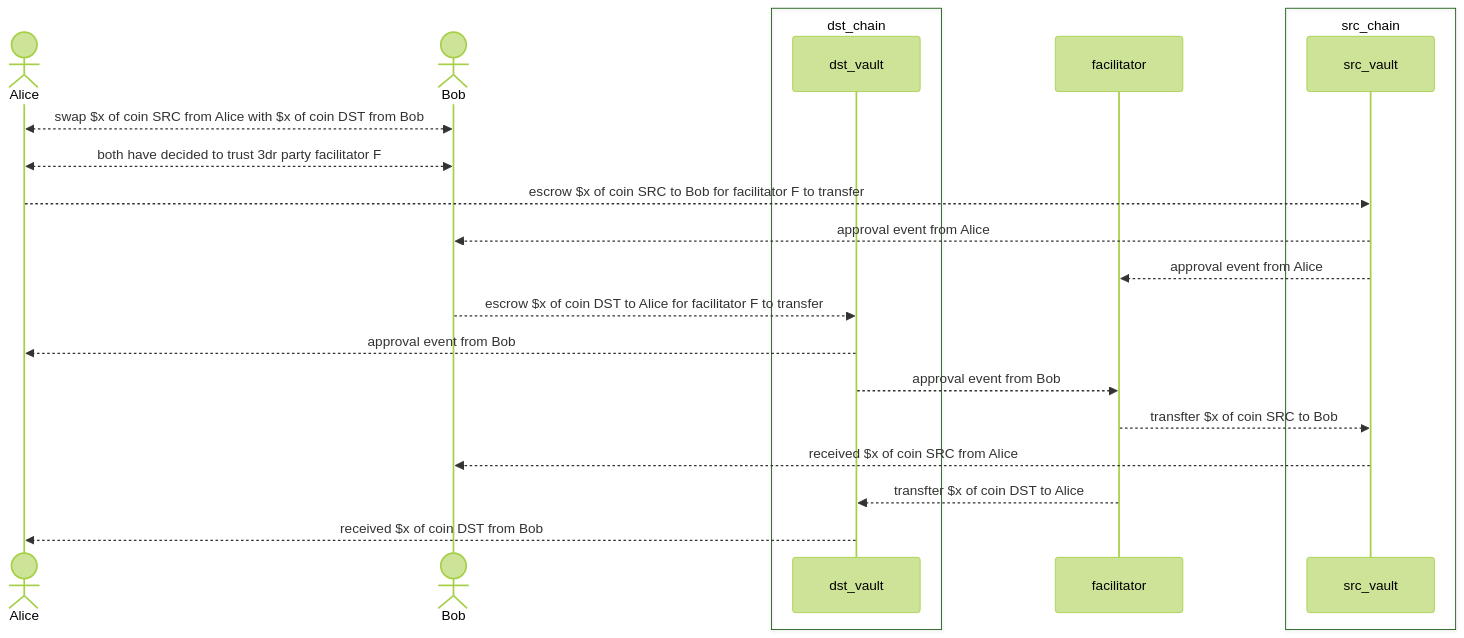
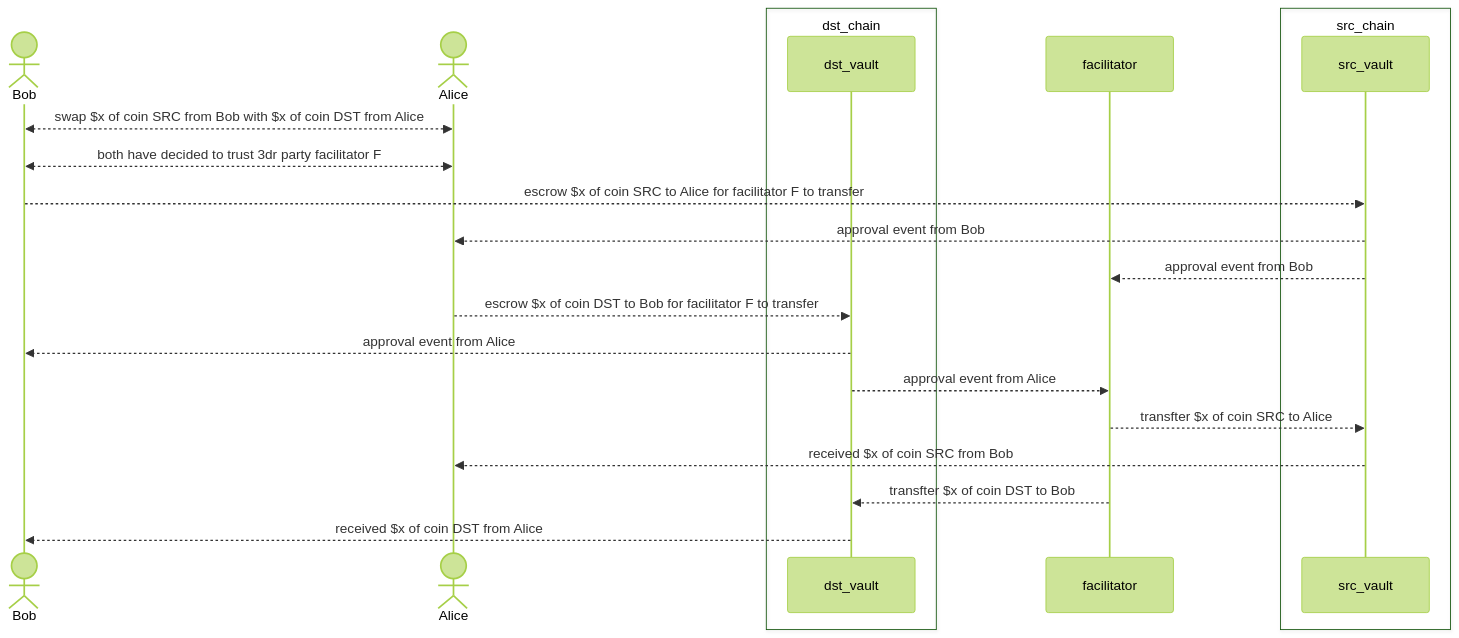
The second of 2 diagrams in cross-chain-token.md (PDXbaap/design), drawn with Mermaid (forest theme) before and after one commit. The commit also changed other lines of this file, not shown here.

````diff
--- a/cross-chain-token.md
+++ b/cross-chain-token.md
@@ -1,27 +22,27 @@
 ```mermaid
 sequenceDiagram
 
+actor Bob
 actor Alice
-actor Bob
 box dst_chain
 participant dst_vault
 end
 participant facilitator
 
 box src_chain
 participant src_vault
 end
-Alice <<-->> Bob: swap $x of coin SRC from Alice with $x of coin DST from Bob 
-Alice <<-->> Bob: both have decided to trust 3dr party facilitator F
-Alice -->> src_vault: escrow $x of coin SRC to Bob for facilitator F to transfer
-src_vault -->> Bob: approval event from Alice
-src_vault -->> facilitator: approval event from Alice
-Bob -->> dst_vault: escrow $x of coin DST to Alice for facilitator F to transfer
-dst_vault -->> Alice: approval event from Bob
-dst_vault -->> facilitator: approval event from Bob
-facilitator -->> src_vault: transfter $x of coin SRC to Bob
-src_vault -->> Bob: received $x of coin SRC from Alice 
-facilitator -->> dst_vault: transfter $x of coin DST to Alice
-dst_vault -->> Alice: received $x of coin DST from Bob
+Bob <<-->> Alice: swap $x of coin SRC from Bob with $x of coin DST from Alice 
+Bob <<-->> Alice: both have decided to trust 3dr party facilitator F
+Bob -->> src_vault: escrow $x of coin SRC to Alice for facilitator F to transfer
+src_vault -->> Alice: approval event from Bob
+src_vault -->> facilitator: approval event from Bob
+Alice -->> dst_vault: escrow $x of coin DST to Bob for facilitator F to transfer
+dst_vault -->> Bob: approval event from Alice
+dst_vault -->> facilitator: approval event from Alice
+facilitator -->> src_vault: transfter $x of coin SRC to Alice
+src_vault -->> Alice: received $x of coin SRC from Bob 
+facilitator -->> dst_vault: transfter $x of coin DST to Bob
+dst_vault -->> Bob: received $x of coin DST from Alice
 
 ```
````
